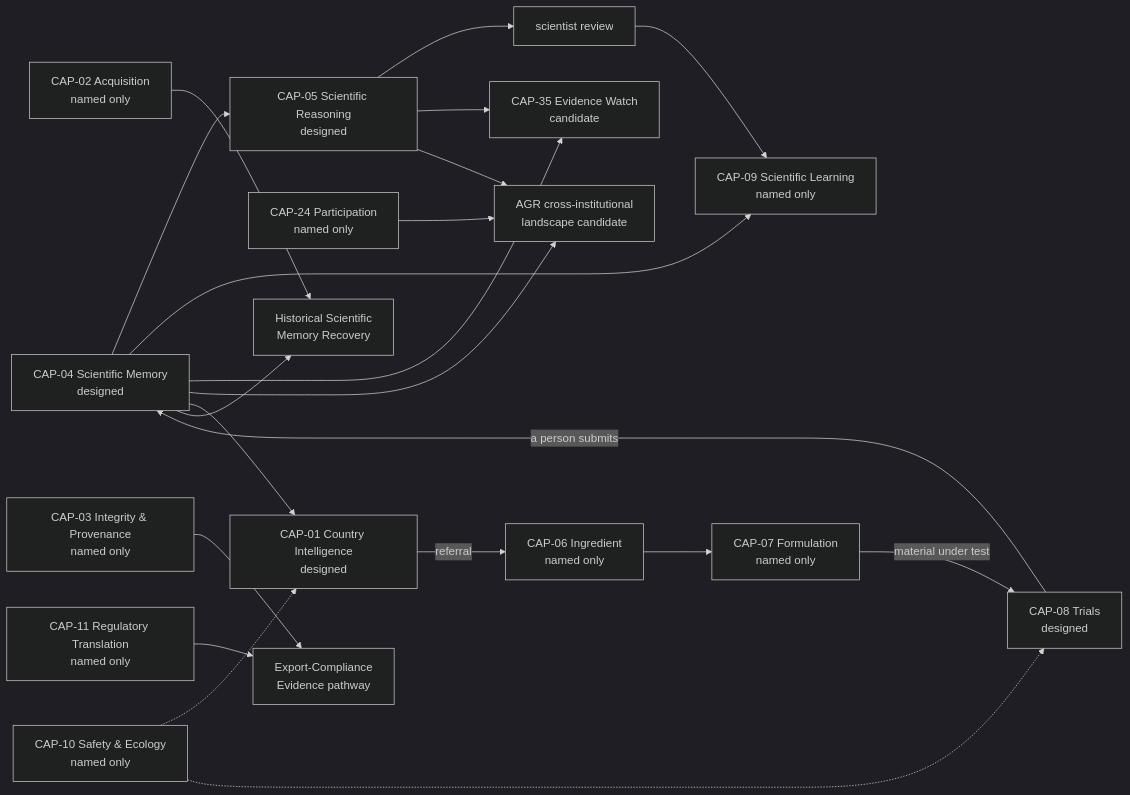
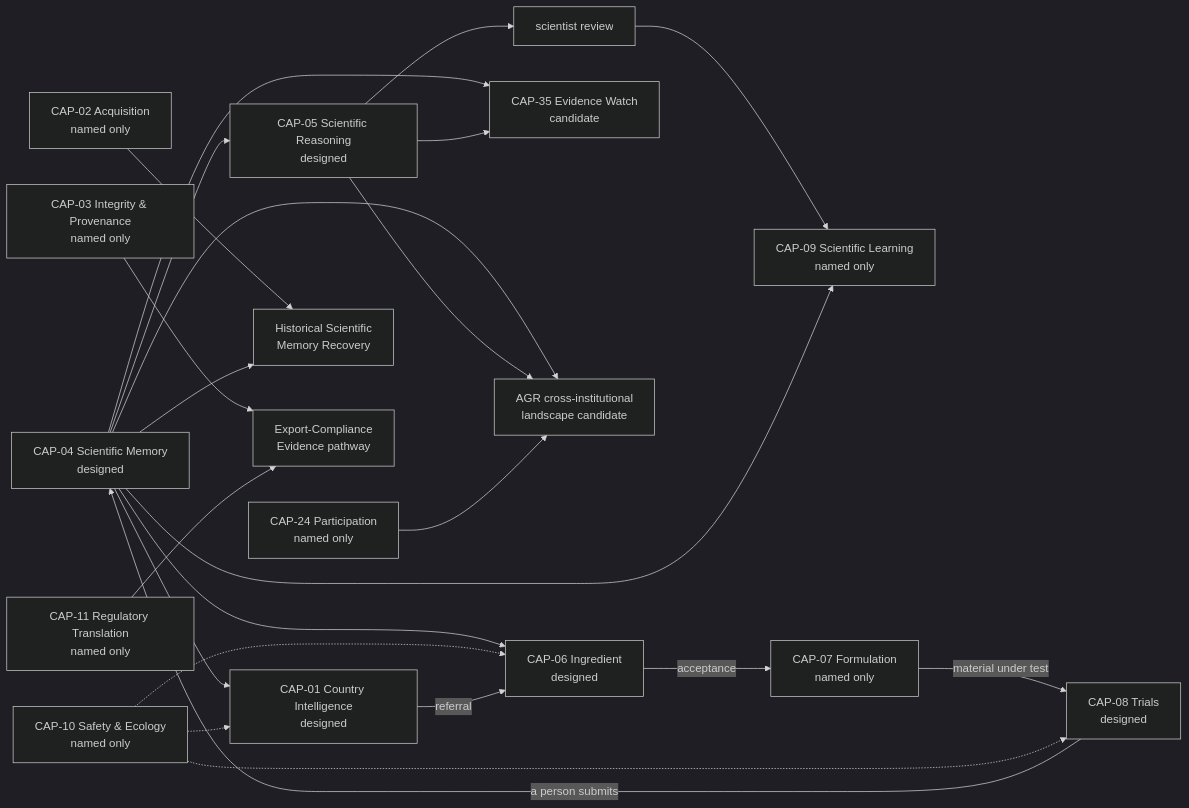
Before and after one commit to AdvancedAgricultureBiometrix/aab-source-of-truth: the second of 4 diagrams in governance/AAB-PLATFORM-ROADMAP-2026-09-27.md, drawn with Mermaid (dark theme). The commit also changed other lines of this file and 1 other file, not shown here.

First line of the commit message:
Roadmap and stock-take at a0f0082: CAP-06 and the domain register committed

````diff
--- a/governance/AAB-PLATFORM-ROADMAP-2026-09-27.md
+++ b/governance/AAB-PLATFORM-ROADMAP-2026-09-27.md
@@ -521,23 +526,25 @@
 ```mermaid
 flowchart LR
   A04[CAP-04 Scientific Memory<br/>designed] --> A05[CAP-05 Scientific Reasoning<br/>designed]
   A05 --> H[scientist review]
   H --> A09[CAP-09 Scientific Learning<br/>named only]
   A04 --> A09
   A04 --> W[CAP-35 Evidence Watch<br/>candidate]
   A05 --> W
   A04 --> X[AGR cross-institutional<br/>landscape candidate]
   A05 --> X
   A24[CAP-24 Participation<br/>named only] --> X
-  A06[CAP-06 Ingredient<br/>named only] --> A07[CAP-07 Formulation<br/>named only]
+  A06[CAP-06 Ingredient<br/>designed] -->|acceptance| A07[CAP-07 Formulation<br/>named only]
+  A04 --> A06
+  A10 -.-> A06
   A04 --> A01[CAP-01 Country Intelligence<br/>designed]
   A01 -->|referral| A06
   A10[CAP-10 Safety & Ecology<br/>named only] -.-> A01
   A07 -->|material under test| A08[CAP-08 Trials<br/>designed]
   A08 -->|a person submits| A04
   A10 -.-> A08
   A02[CAP-02 Acquisition<br/>named only] --> HSM[Historical Scientific<br/>Memory Recovery]
   A04 --> HSM
   A03[CAP-03 Integrity & Provenance<br/>named only] --> EXP[Export-Compliance<br/>Evidence pathway]
   A11[CAP-11 Regulatory Translation<br/>named only] --> EXP
 ```
````
